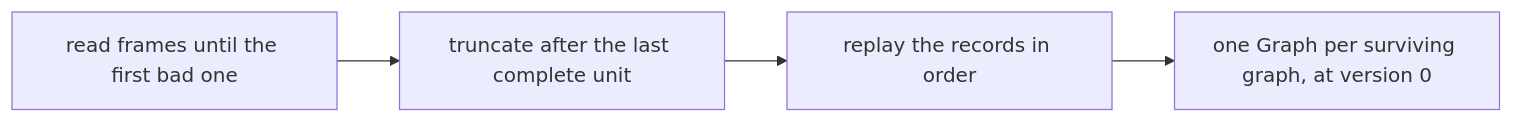
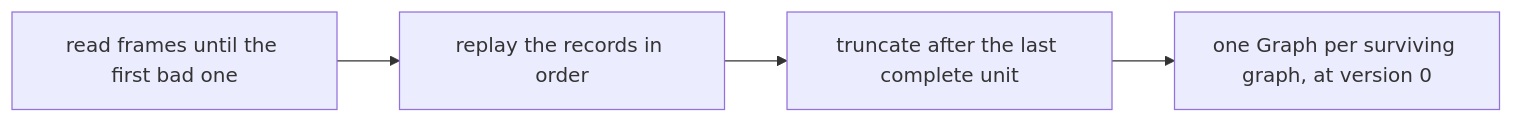
The second of 2 diagrams in docs/durability.md (Jho0413/GraphDB), drawn with Mermaid before and after one commit. The commit also changed other lines of this file and 6 other files, not shown here.

````diff
--- a/docs/durability.md
+++ b/docs/durability.md
@@ -55,6 +90,6 @@
 ```mermaid
 flowchart LR
-    read["read frames until the first bad one"] --> trunc["truncate after the last complete unit"]
-    trunc --> replay["replay the records in order"]
-    replay --> graphs["one Graph per surviving graph, at version 0"]
+    read["read frames until the first bad one"] --> replay["replay the records in order"]
+    replay --> trunc["truncate after the last complete unit"]
+    trunc --> graphs["one Graph per surviving graph, at version 0"]
 ```
````
